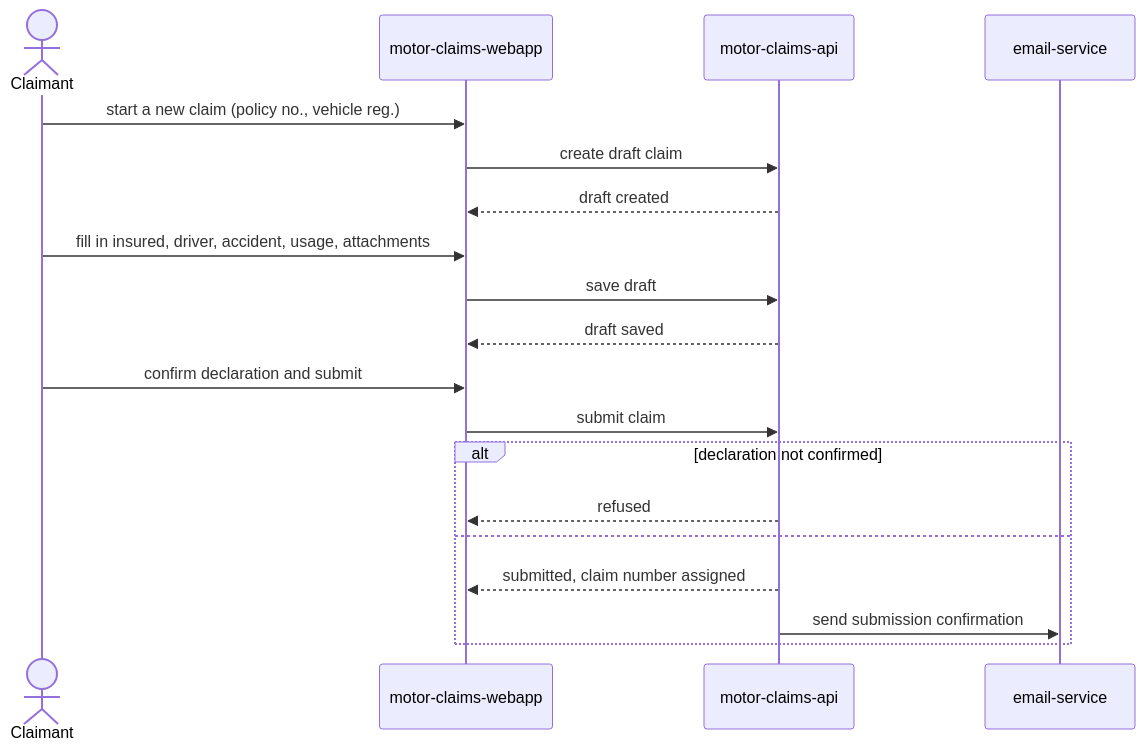
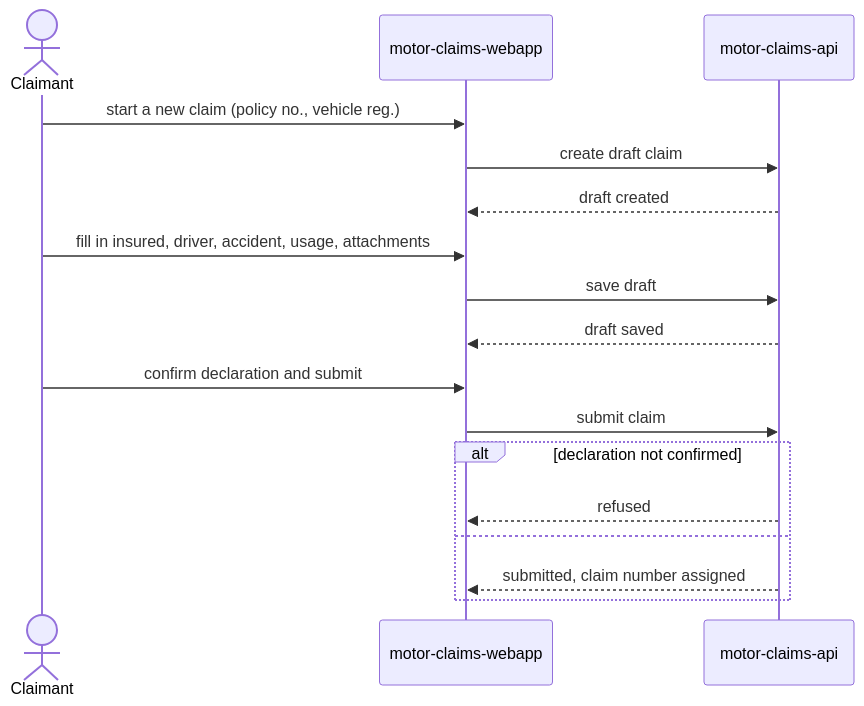
One commit to asdlc-platform-axela/my-project-8 changed the diagram in specs/design/flows/submit-motor-claim.md. Above: the diagram before and after it, drawn with Mermaid. The commit also changed other lines of this file and 8 other files, not shown here.

````diff
--- a/specs/design/flows/submit-motor-claim.md
+++ b/specs/design/flows/submit-motor-claim.md
@@ -7,22 +6,20 @@
 ```mermaid
 sequenceDiagram
     actor Claimant
     participant webapp as motor-claims-webapp
     participant api as motor-claims-api
-    participant email as email-service
 
     Claimant->>webapp: start a new claim (policy no., vehicle reg.)
     webapp->>api: create draft claim
     api-->>webapp: draft created
     Claimant->>webapp: fill in insured, driver, accident, usage, attachments
     webapp->>api: save draft
     api-->>webapp: draft saved
     Claimant->>webapp: confirm declaration and submit
     webapp->>api: submit claim
     alt declaration not confirmed
         api-->>webapp: refused
     else
         api-->>webapp: submitted, claim number assigned
-        api->>email: send submission confirmation
     end
 ```
````
